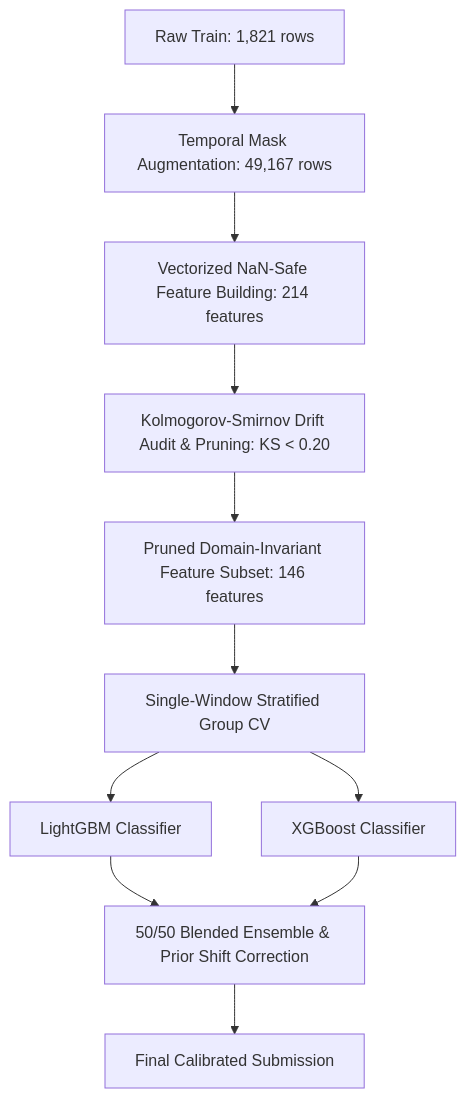
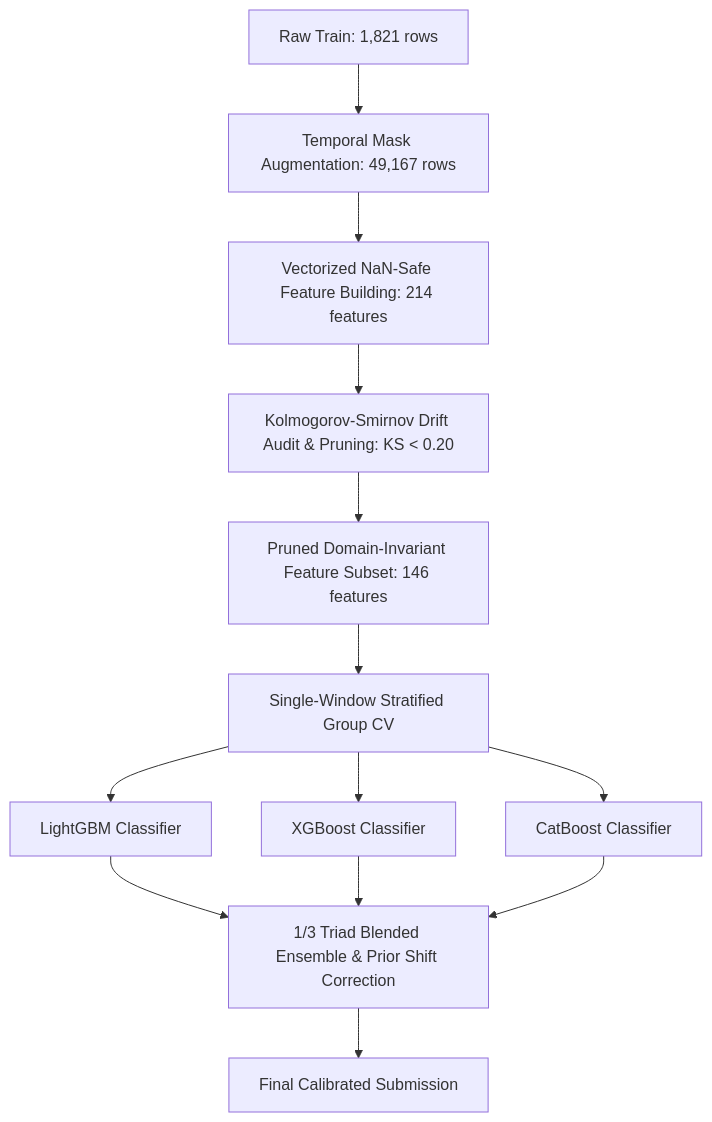
One commit to Masesee/aquaculture-pond-detection changed the diagram in docs/REVISED_CHALLENGE_CONTEXT.md. Above: the diagram before and after it, drawn with Mermaid. The commit also changed other lines of this file and 5 other files, not shown here.

Commit message:
feat(training): add CatBoost pipeline, 3-way Triad Ensemble, unit tests, and requirements update

````diff
--- a/docs/REVISED_CHALLENGE_CONTEXT.md
+++ b/docs/REVISED_CHALLENGE_CONTEXT.md
@@ -22,13 +22,15 @@
 ```mermaid
 graph TD
     A[Raw Train: 1,821 rows] --> B[Temporal Mask Augmentation: 49,167 rows]
     B --> C[Vectorized NaN-Safe Feature Building: 214 features]
     C --> D[Kolmogorov-Smirnov Drift Audit & Pruning: KS < 0.20]
     D --> E[Pruned Domain-Invariant Feature Subset: 146 features]
     E --> F[Single-Window Stratified Group CV]
     F --> G1[LightGBM Classifier]
     F --> G2[XGBoost Classifier]
-    G1 --> H[50/50 Blended Ensemble & Prior Shift Correction]
+    F --> G3[CatBoost Classifier]
+    G1 --> H[1/3 Triad Blended Ensemble & Prior Shift Correction]
     G2 --> H
+    G3 --> H
     H --> I[Final Calibrated Submission]
 ```
````
